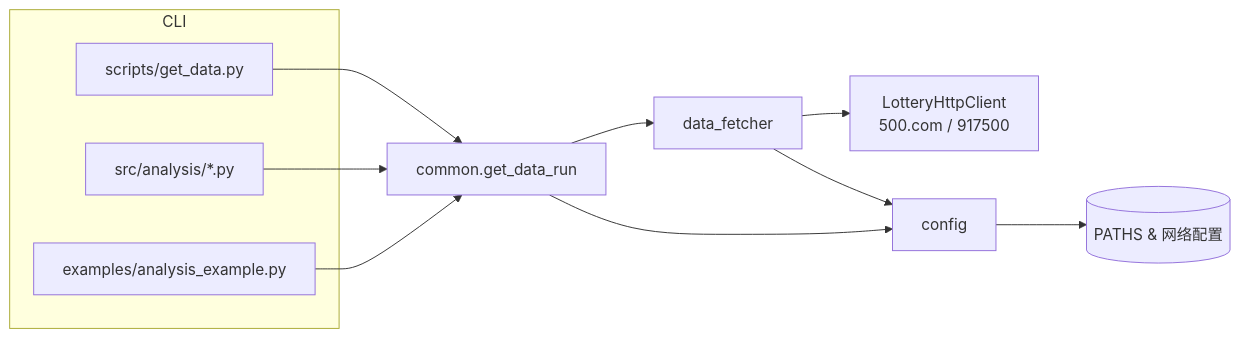
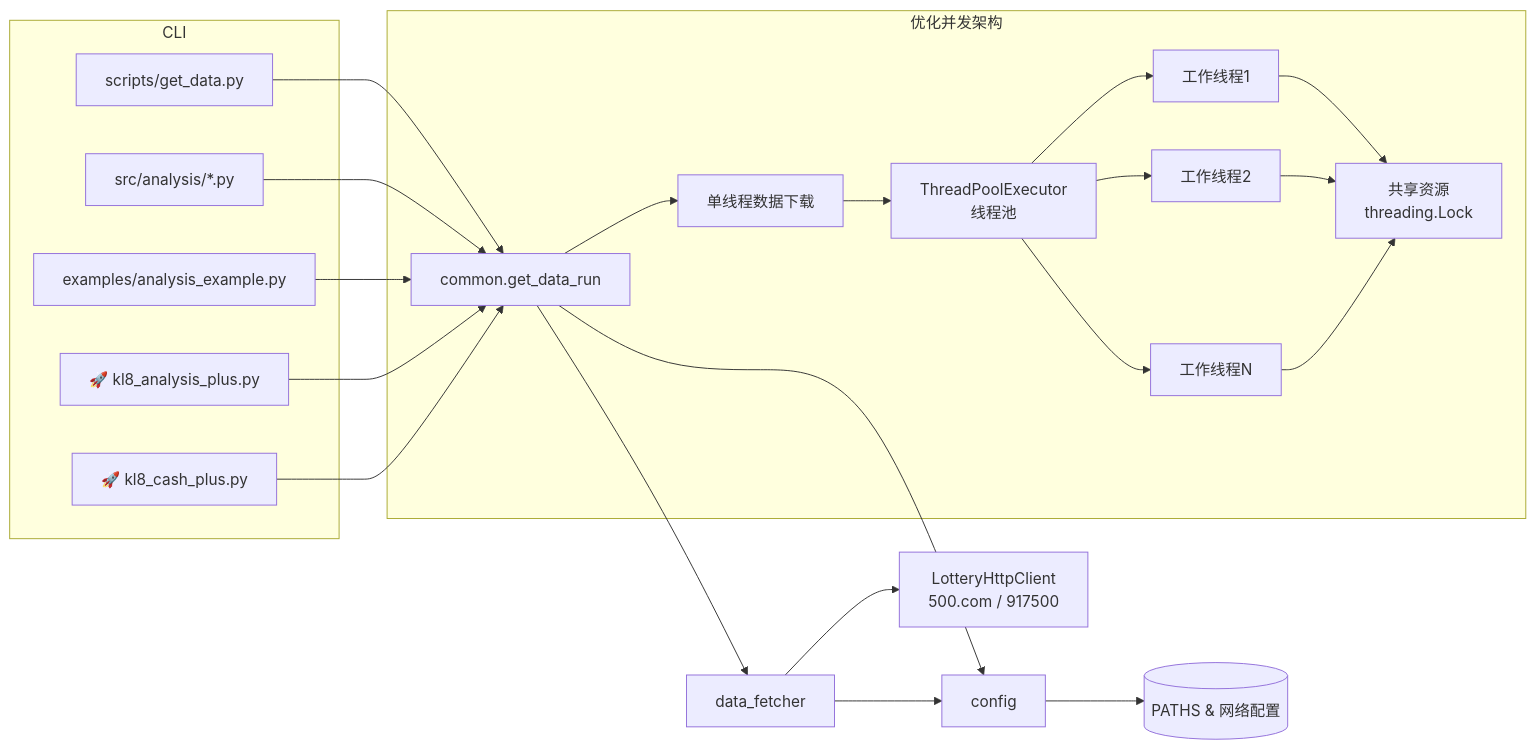
The diagram in docs/architecture.md (xznzz1/kl8-lottery-analyzer), drawn with Mermaid before and after one commit. The commit also changed other lines of this file and 13 other files, not shown here.

First line of the commit message:
feat: Refactor to multi-threaded architecture in Plus version

````diff
--- a/docs/architecture.md
+++ b/docs/architecture.md
@@ -3,19 +3,35 @@
 ```mermaid
 flowchart LR
     subgraph CLI
         A[scripts/get_data.py]
         B[src/analysis/*.py]
         C[examples/analysis_example.py]
+        D[🚀 kl8_analysis_plus.py]
+        E[🚀 kl8_cash_plus.py]
     end
 
     A --> COM[common.get_data_run]
     B --> COM
     C --> COM
+    D --> COM
+    E --> COM
+
+    subgraph "优化并发架构"
+        COM --> DOWNLOAD[单线程数据下载]
+        DOWNLOAD --> THREAD_POOL[ThreadPoolExecutor<br/>线程池]
+        THREAD_POOL --> WORKER1[工作线程1]
+        THREAD_POOL --> WORKER2[工作线程2]
+        THREAD_POOL --> WORKERN[工作线程N]
+        
+        WORKER1 --> SHARED[共享资源<br/>threading.Lock]
+        WORKER2 --> SHARED
+        WORKERN --> SHARED
+    end
 
     COM --> DF[data_fetcher]
     DF --> HTTP[LotteryHttpClient<br/>500.com / 917500]
     COM --> CFG[config]
     DF --> CFG
 
     CFG --> PATHS[(PATHS & 网络配置)]
 ```
````
